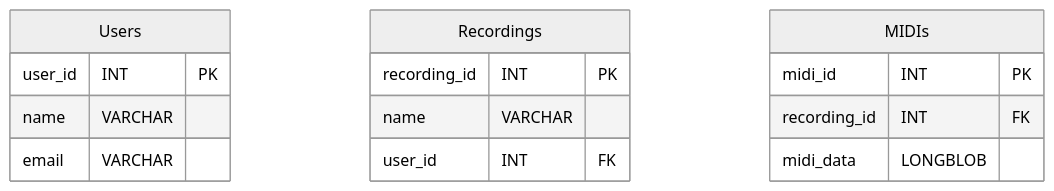
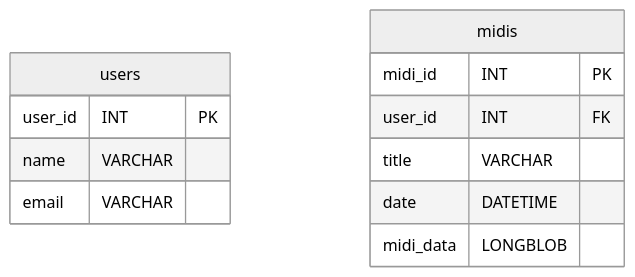
Before and after one commit to bengoh815/cs506-project: the second of 6 diagrams in README.md, drawn with Mermaid (neutral theme). The commit also changed other lines of this file and 67 other files, not shown here.

````diff
--- a/README.md
+++ b/README.md
@@ -107,21 +111,17 @@
 ```mermaid
 erDiagram
-    Users {
+    users {
         user_id INT PK
         name VARCHAR
         email VARCHAR
     }
 
-    Recordings {
-        recording_id INT PK
-        name VARCHAR
+    midis {
+        midi_id INT PK
         user_id INT FK
-    }
-
-    MIDIs {
-        midi_id INT PK
-        recording_id INT FK
+        title VARCHAR
+        date DATETIME
         midi_data LONGBLOB
     }
 
 ```
````
